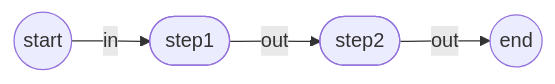
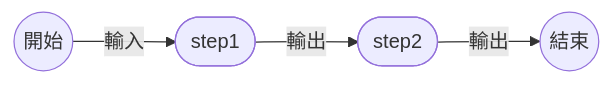
One commit to youngjunning/mastra.youngjunning.com changed the first of 7 diagrams in i18n/zh-TW/docusaurus-plugin-content-docs/current/workflows/control-flow.mdx. Above: the diagram before and after it, drawn with Mermaid. The commit also changed other lines of this file and 3073 other files, not shown here.

````diff
--- a/i18n/zh-TW/docusaurus-plugin-content-docs/current/workflows/control-flow.mdx
+++ b/i18n/zh-TW/docusaurus-plugin-content-docs/current/workflows/control-flow.mdx
@@ -25,10 +25,10 @@
 ```mermaid
 flowchart LR
-  accTitle: Running workflow steps in sequence
-  accDescr: The workflow passes its input to step1, then passes step1's output to step2 before completing.
-  start(( start )) -- in --> step1([step1])
-  step1 -- out --> step2([step2])
-  step2 -- out --> stop(( end ))
+  accTitle: 依序執行 Workflow 步驟
+  accDescr: Workflow 將輸入傳給 step1，再將 step1 的輸出傳給 step2，最後完成執行。
+  start(( 開始 )) -- 輸入 --> step1([step1])
+  step1 -- 輸出 --> step2([step2])
+  step2 -- 輸出 --> stop(( 結束 ))
 
   class stop accent
 ```
````
